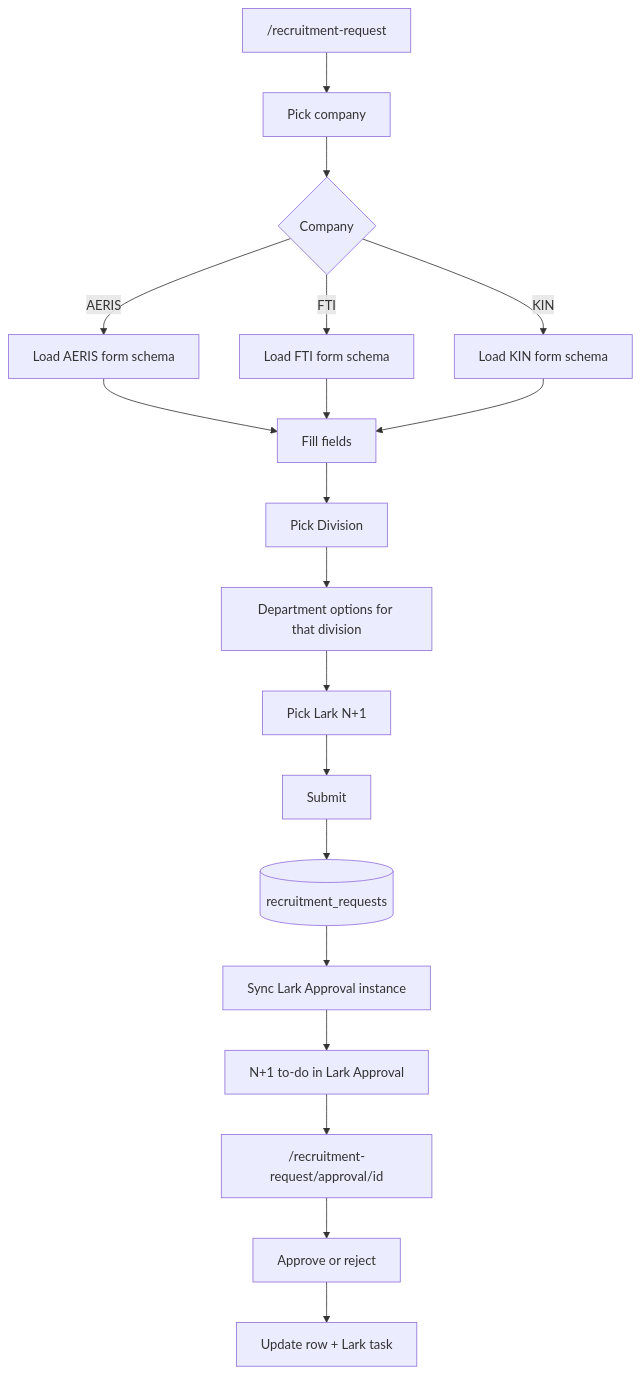
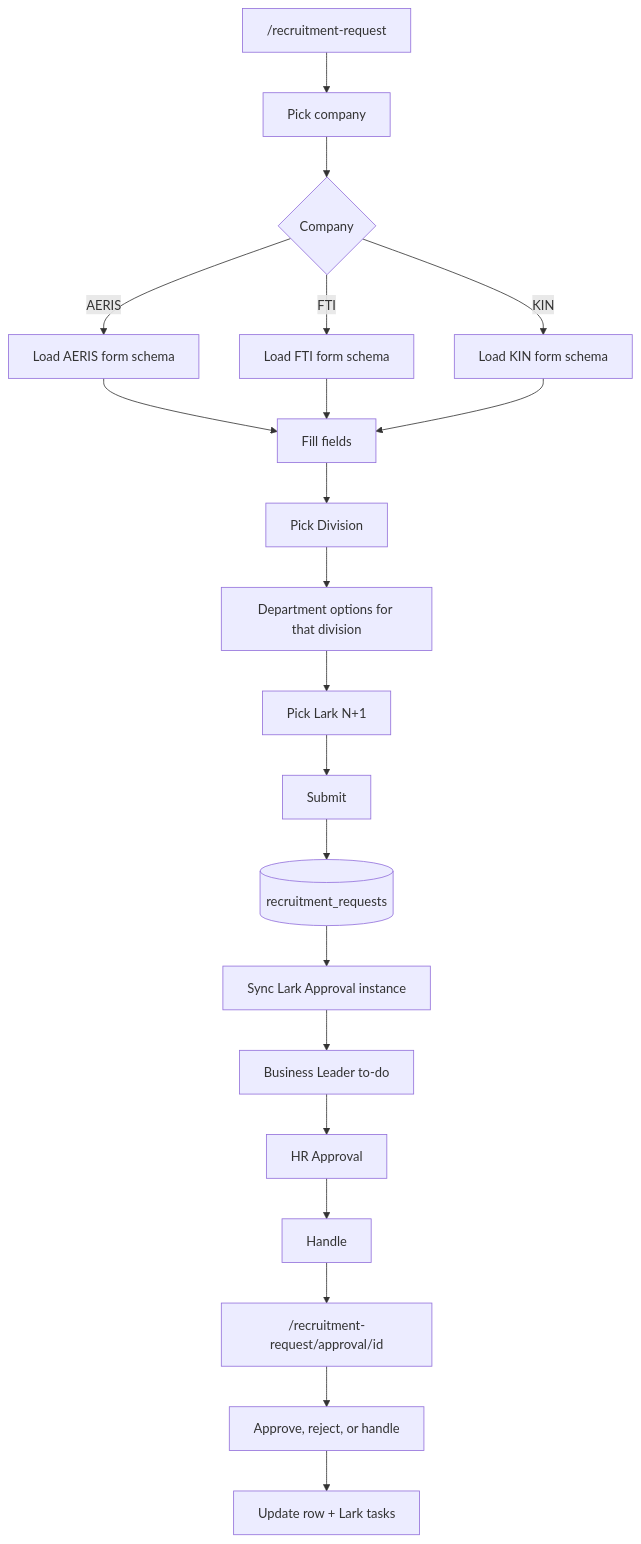
The second of 4 diagrams in README.md (itaeris/hr-dashboard), drawn with Mermaid before and after one commit. The commit also changed other lines of this file and 9 other files, not shown here.

First line of the commit message:
Refactor recruitment approval workflow and enhance Lark integration

````diff
--- a/README.md
+++ b/README.md
@@ -67,21 +67,23 @@
 ```mermaid
 flowchart TD
   A["/recruitment-request"] --> B[Pick company]
   B --> C{Company}
   C -->|AERIS| D[Load AERIS form schema]
   C -->|FTI| E[Load FTI form schema]
   C -->|KIN| F[Load KIN form schema]
   D --> G[Fill fields]
   E --> G
   F --> G
   G --> H[Pick Division]
   H --> I[Department options for that division]
   I --> J[Pick Lark N+1]
   J --> K[Submit]
   K --> L[(recruitment_requests)]
   L --> M[Sync Lark Approval instance]
-  M --> N[N+1 to-do in Lark Approval]
-  N --> O["/recruitment-request/approval/id"]
-  O --> P[Approve or reject]
-  P --> Q[Update row + Lark task]
+  M --> N[Business Leader to-do]
+  N --> O[HR Approval]
+  O --> P[Handle]
+  P --> Q["/recruitment-request/approval/id"]
+  Q --> R[Approve, reject, or handle]
+  R --> S[Update row + Lark tasks]
 ```
````
